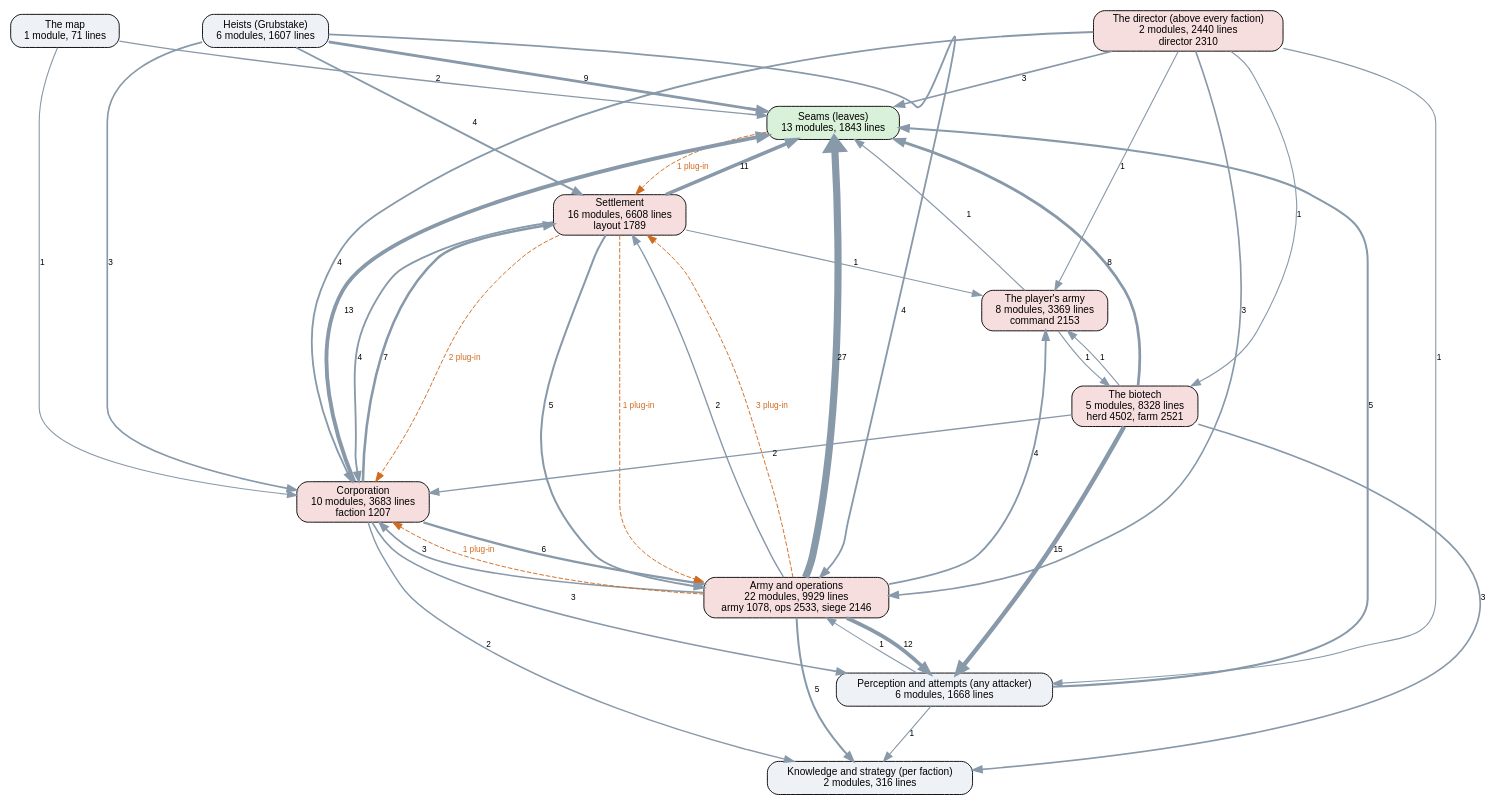
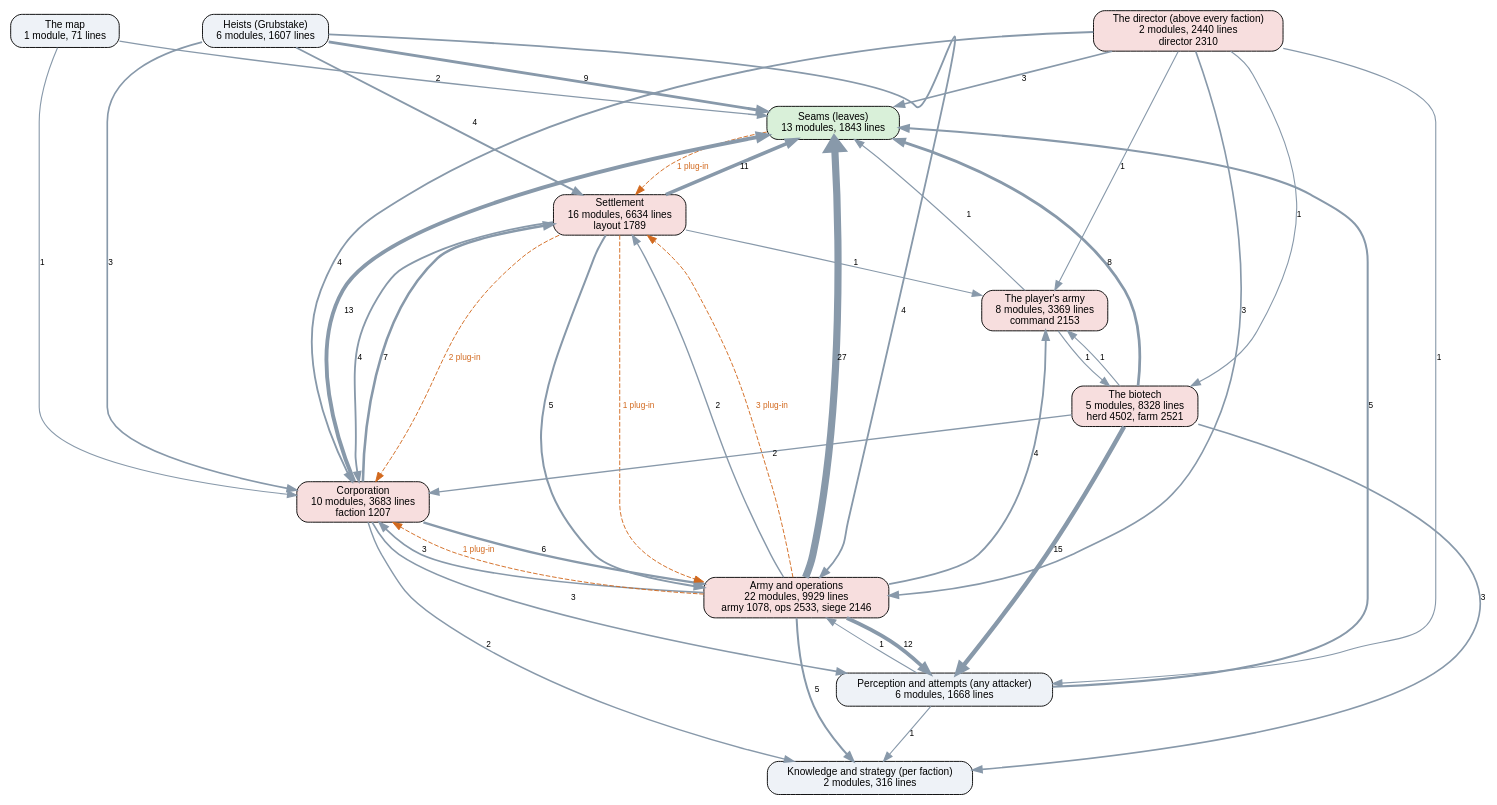
The diagram in docs/ai-layers.dot (kinelhu/landing-party), drawn with Graphviz before and after one commit. The commit also changed 14 other files, not shown here.

```diff
--- a/docs/ai-layers.dot
+++ b/docs/ai-layers.dot
@@ -1,58 +1,58 @@
 digraph layers {
   graph [rankdir=TB, fontname="Helvetica", nodesep=0.5, ranksep=0.7];
   node [shape=box, style="rounded,filled", fontname="Helvetica", fontsize=11, fillcolor="#eef2f7"];
   edge [color="#8899aa", fontname="Helvetica", fontsize=9];
   "Seams (leaves)" [label="Seams (leaves)\n13 modules, 1843 lines", fillcolor="#d9f0d9"];
   "Perception and attempts (any attacker)" [label="Perception and attempts (any attacker)\n6 modules, 1668 lines", fillcolor="#eef2f7"];
   "Knowledge and strategy (per faction)" [label="Knowledge and strategy (per faction)\n2 modules, 316 lines", fillcolor="#eef2f7"];
   "The director (above every faction)" [label="The director (above every faction)\n2 modules, 2440 lines\ndirector 2310", fillcolor="#f7dede"];
   "Corporation" [label="Corporation\n10 modules, 3683 lines\nfaction 1207", fillcolor="#f7dede"];
-  "Settlement" [label="Settlement\n16 modules, 6608 lines\nlayout 1789", fillcolor="#f7dede"];
+  "Settlement" [label="Settlement\n16 modules, 6634 lines\nlayout 1789", fillcolor="#f7dede"];
   "Army and operations" [label="Army and operations\n22 modules, 9929 lines\narmy 1078, ops 2533, siege 2146", fillcolor="#f7dede"];
   "Heists (Grubstake)" [label="Heists (Grubstake)\n6 modules, 1607 lines", fillcolor="#eef2f7"];
   "The biotech" [label="The biotech\n5 modules, 8328 lines\nherd 4502, farm 2521", fillcolor="#f7dede"];
   "The map" [label="The map\n1 module, 71 lines", fillcolor="#eef2f7"];
   "The player's army" [label="The player's army\n8 modules, 3369 lines\ncommand 2153", fillcolor="#f7dede"];
   "Army and operations" -> "Corporation" [label="3", penwidth=1.8];
   "Army and operations" -> "Knowledge and strategy (per faction)" [label="5", penwidth=2.2];
   "Army and operations" -> "Perception and attempts (any attacker)" [label="12", penwidth=4.0];
   "Army and operations" -> "Seams (leaves)" [label="27", penwidth=7.8];
   "Army and operations" -> "Settlement" [label="2", penwidth=1.5];
   "Army and operations" -> "The player's army" [label="4", penwidth=2.0];
   "Corporation" -> "Army and operations" [label="6", penwidth=2.5];
   "Corporation" -> "Knowledge and strategy (per faction)" [label="2", penwidth=1.5];
   "Corporation" -> "Perception and attempts (any attacker)" [label="3", penwidth=1.8];
   "Corporation" -> "Seams (leaves)" [label="13", penwidth=4.2];
   "Corporation" -> "Settlement" [label="7", penwidth=2.8];
   "Heists (Grubstake)" -> "Army and operations" [label="4", penwidth=2.0];
   "Heists (Grubstake)" -> "Corporation" [label="3", penwidth=1.8];
   "Heists (Grubstake)" -> "Seams (leaves)" [label="9", penwidth=3.2];
   "Heists (Grubstake)" -> "Settlement" [label="4", penwidth=2.0];
   "Perception and attempts (any attacker)" -> "Army and operations" [label="1", penwidth=1.2];
   "Perception and attempts (any attacker)" -> "Knowledge and strategy (per faction)" [label="1", penwidth=1.2];
   "Perception and attempts (any attacker)" -> "Seams (leaves)" [label="5", penwidth=2.2];
   "Settlement" -> "Army and operations" [label="5", penwidth=2.2];
   "Settlement" -> "Corporation" [label="4", penwidth=2.0];
   "Settlement" -> "Seams (leaves)" [label="11", penwidth=3.8];
   "Settlement" -> "The player's army" [label="1", penwidth=1.2];
   "The biotech" -> "Corporation" [label="2", penwidth=1.5];
   "The biotech" -> "Knowledge and strategy (per faction)" [label="3", penwidth=1.8];
   "The biotech" -> "Perception and attempts (any attacker)" [label="15", penwidth=4.8];
   "The biotech" -> "Seams (leaves)" [label="8", penwidth=3.0];
   "The biotech" -> "The player's army" [label="1", penwidth=1.2];
   "The director (above every faction)" -> "Army and operations" [label="3", penwidth=1.8];
   "The director (above every faction)" -> "Corporation" [label="4", penwidth=2.0];
   "The director (above every faction)" -> "Perception and attempts (any attacker)" [label="1", penwidth=1.2];
   "The director (above every faction)" -> "Seams (leaves)" [label="3", penwidth=1.8];
   "The director (above every faction)" -> "The biotech" [label="1", penwidth=1.2];
   "The director (above every faction)" -> "The player's army" [label="1", penwidth=1.2];
   "The map" -> "Corporation" [label="1", penwidth=1.2];
   "The map" -> "Seams (leaves)" [label="2", penwidth=1.5];
   "The player's army" -> "Seams (leaves)" [label="1", penwidth=1.2];
   "The player's army" -> "The biotech" [label="1", penwidth=1.2];
   "Army and operations" -> "Corporation" [style=dashed, color="#d2691e", fontcolor="#d2691e", label="1 plug-in"];
   "Army and operations" -> "Settlement" [style=dashed, color="#d2691e", fontcolor="#d2691e", label="3 plug-in"];
   "Seams (leaves)" -> "Settlement" [style=dashed, color="#d2691e", fontcolor="#d2691e", label="1 plug-in"];
   "Settlement" -> "Army and operations" [style=dashed, color="#d2691e", fontcolor="#d2691e", label="1 plug-in"];
   "Settlement" -> "Corporation" [style=dashed, color="#d2691e", fontcolor="#d2691e", label="2 plug-in"];
 }
```
